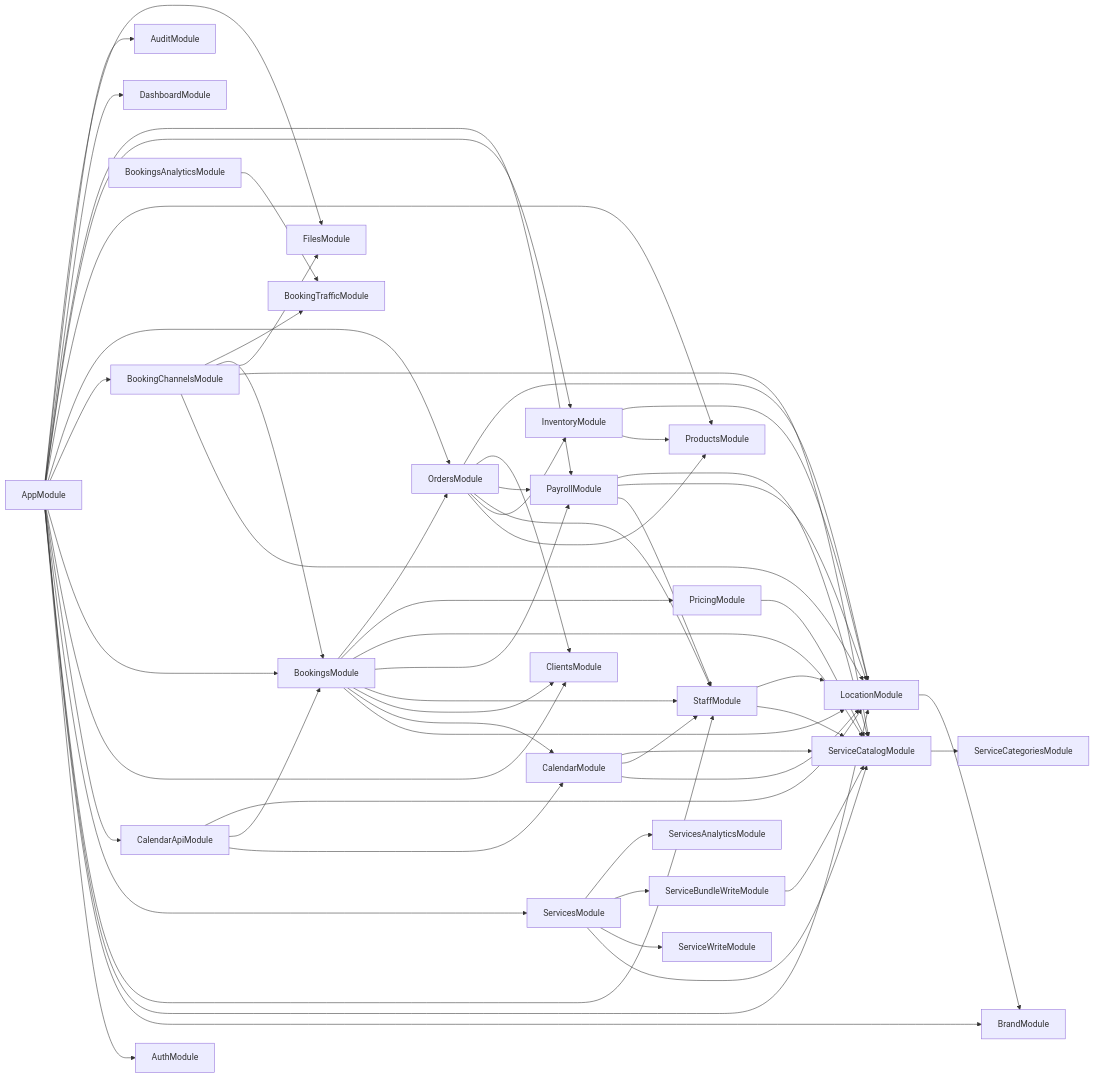
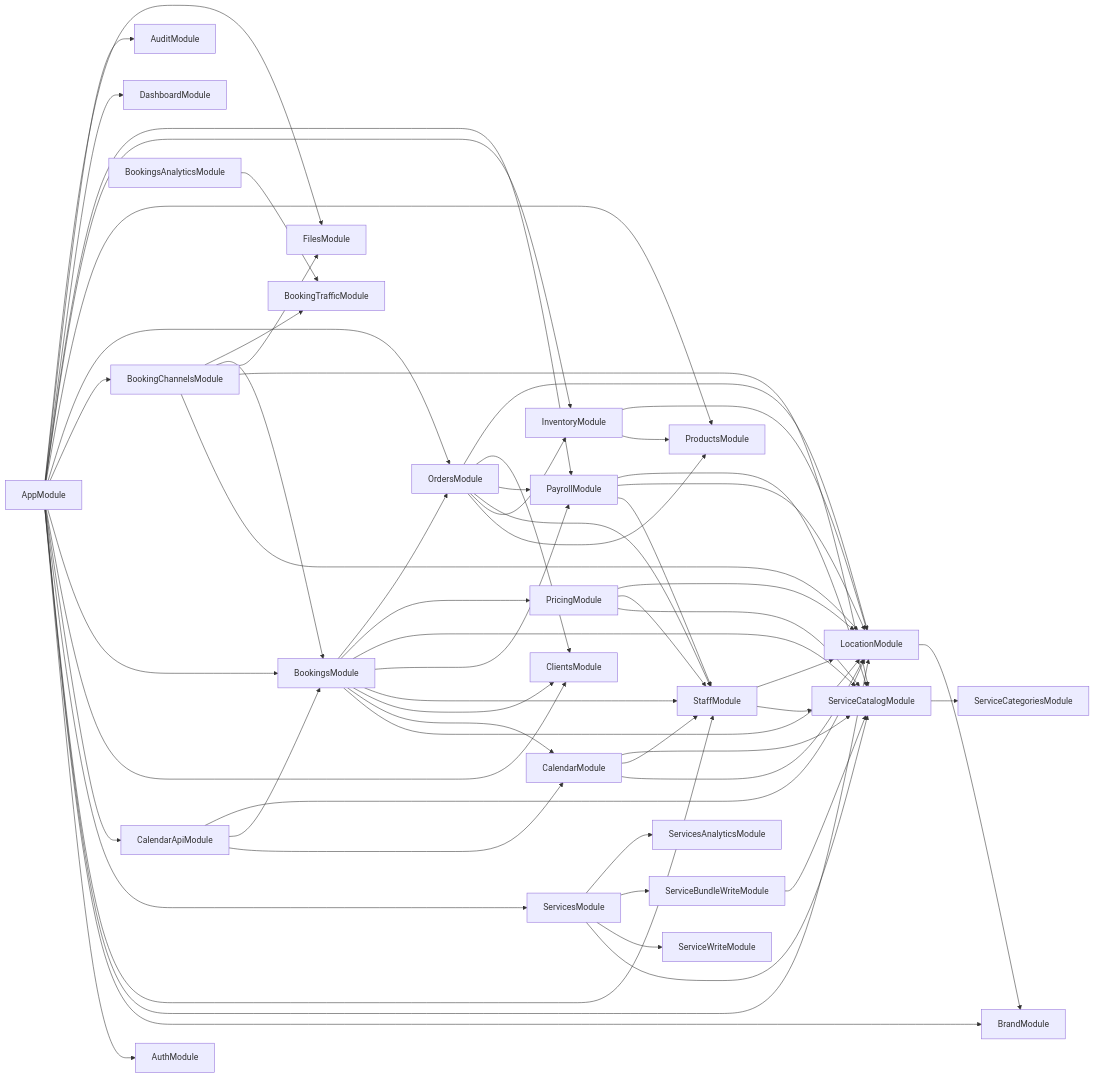
Before and after one commit to pavelnagorsky/crm-core: the first of 2 diagrams in docs/architecture/README.md, drawn with Mermaid. The commit also changed 154 other files, not shown here.

First line of the commit message:
Pricing stage 2: staff price levels, personal prices, any-staff rule, prices in slots

````diff
--- a/docs/architecture/README.md
+++ b/docs/architecture/README.md
@@ -24,66 +24,68 @@
 ```mermaid
 flowchart LR
   AppModule --> AuthModule
   AppModule --> BrandModule
   AppModule --> LocationModule
   AppModule --> StaffModule
   AppModule --> ServicesModule
   ServicesModule --> ServiceCatalogModule
   ServicesModule --> ServiceWriteModule
   ServicesModule --> ServiceBundleWriteModule
   ServicesModule --> ServicesAnalyticsModule
   ServiceCatalogModule --> ServiceCategoriesModule
   ServiceBundleWriteModule --> ServiceCatalogModule
   AppModule --> CalendarApiModule
   AppModule --> ClientsModule
   AppModule --> BookingsModule
   AppModule --> BookingChannelsModule
   AppModule --> OrdersModule
   AppModule --> ProductsModule
   AppModule --> InventoryModule
   AppModule --> PayrollModule
   AppModule --> DashboardModule
   AppModule --> AuditModule
   AppModule --> FilesModule
 
   LocationModule --> BrandModule
   StaffModule --> ServiceCatalogModule
   StaffModule --> LocationModule
   CalendarModule --> LocationModule
   CalendarModule --> StaffModule
   CalendarModule --> ServiceCatalogModule
   CalendarApiModule --> CalendarModule
   CalendarApiModule --> BookingsModule
   CalendarApiModule --> LocationModule
 
   BookingsModule --> LocationModule
   BookingsModule --> CalendarModule
   BookingsModule --> ClientsModule
   BookingsModule --> StaffModule
   BookingsModule --> PayrollModule
   BookingsModule --> ServiceCatalogModule
   BookingsModule --> PricingModule
   BookingsModule --> OrdersModule
 
   PricingModule --> ServiceCatalogModule
+  PricingModule --> StaffModule
+  PricingModule --> LocationModule
 
   BookingChannelsModule --> LocationModule
   BookingChannelsModule --> ServiceCatalogModule
   BookingChannelsModule --> FilesModule
   BookingChannelsModule --> BookingsModule
   BookingChannelsModule --> BookingTrafficModule
   BookingsAnalyticsModule --> BookingTrafficModule
 
   OrdersModule --> ProductsModule
   OrdersModule --> InventoryModule
   OrdersModule --> StaffModule
   OrdersModule --> PayrollModule
   OrdersModule --> ClientsModule
   OrdersModule --> LocationModule
 
   InventoryModule --> ProductsModule
   InventoryModule --> LocationModule
   PayrollModule --> StaffModule
   PayrollModule --> LocationModule
   PayrollModule --> ServiceCatalogModule
 ```
````
